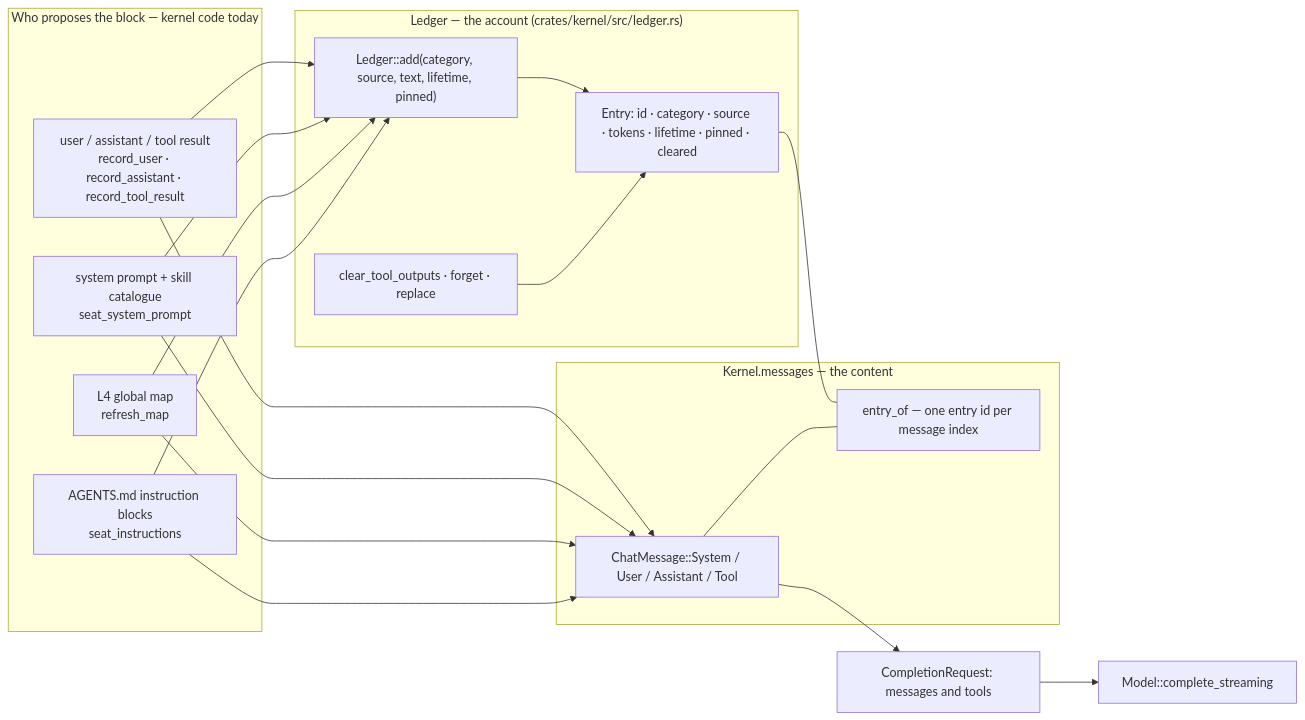
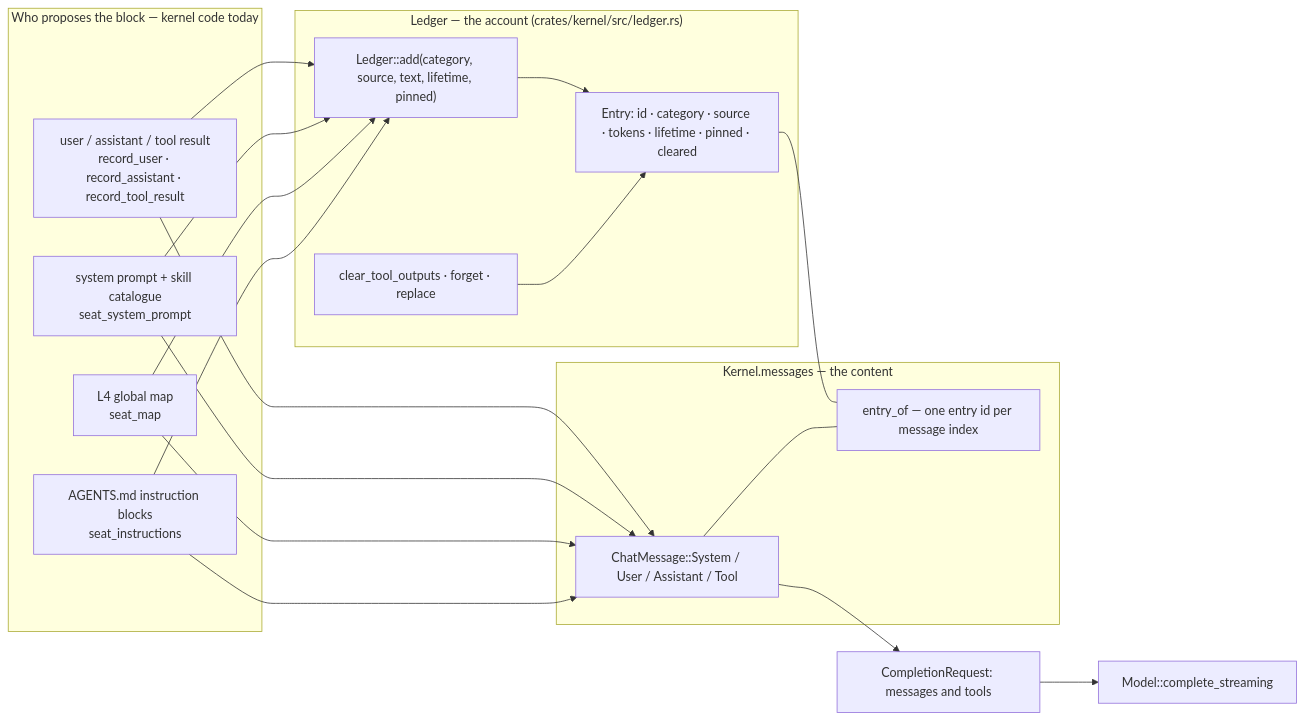
One commit to fengchangfight/loongagent changed the diagram in docs/design/context-ledger.md. Above: the diagram before and after it, drawn with Mermaid. The commit also changed other lines of this file and 6 other files, not shown here.

````diff
--- a/docs/design/context-ledger.md
+++ b/docs/design/context-ledger.md
@@ -28,35 +28,35 @@
 ```mermaid
 flowchart LR
     subgraph who["Who proposes the block — kernel code today"]
         P1["user / assistant / tool result<br/>record_user · record_assistant · record_tool_result"]
         P2["system prompt + skill catalogue<br/>seat_system_prompt"]
-        P3["L4 global map<br/>refresh_map"]
+        P3["L4 global map<br/>seat_map"]
         P4["AGENTS.md instruction blocks<br/>seat_instructions"]
     end
     subgraph led["Ledger — the account (crates/kernel/src/ledger.rs)"]
         ADD["Ledger::add(category, source, text, lifetime, pinned)"]
         ENT["Entry: id · category · source · tokens · lifetime · pinned · cleared"]
         MUT["clear_tool_outputs · forget · replace"]
     end
     subgraph msg["Kernel.messages — the content"]
         MSG["ChatMessage::System / User / Assistant / Tool"]
         IDX["entry_of — one entry id per message index"]
     end
     REQ["CompletionRequest: messages and tools"]
     MODEL["Model::complete_streaming"]
 
     P1 --> ADD
     P2 --> ADD
     P3 --> ADD
     P4 --> ADD
     ADD --> ENT
     MUT --> ENT
     P1 --> MSG
     P2 --> MSG
     P3 --> MSG
     P4 --> MSG
     ENT --- IDX
     MSG --- IDX
     MSG --> REQ
     REQ --> MODEL
 ```
````
